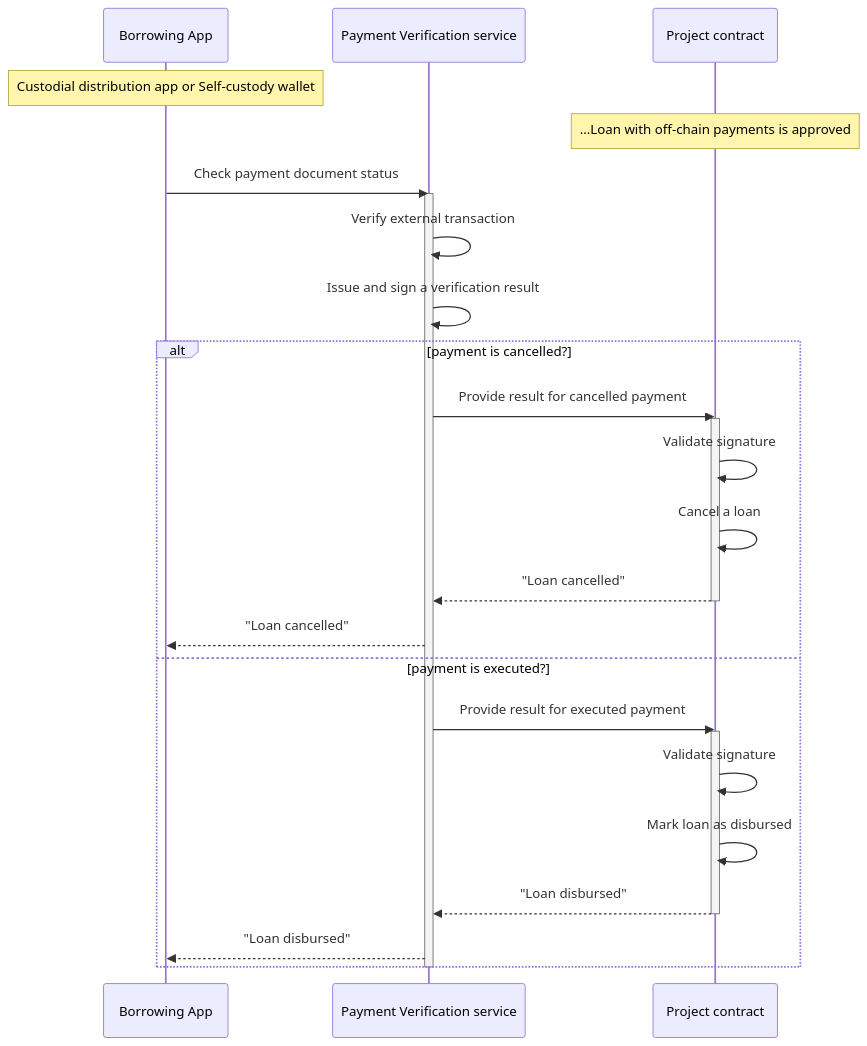
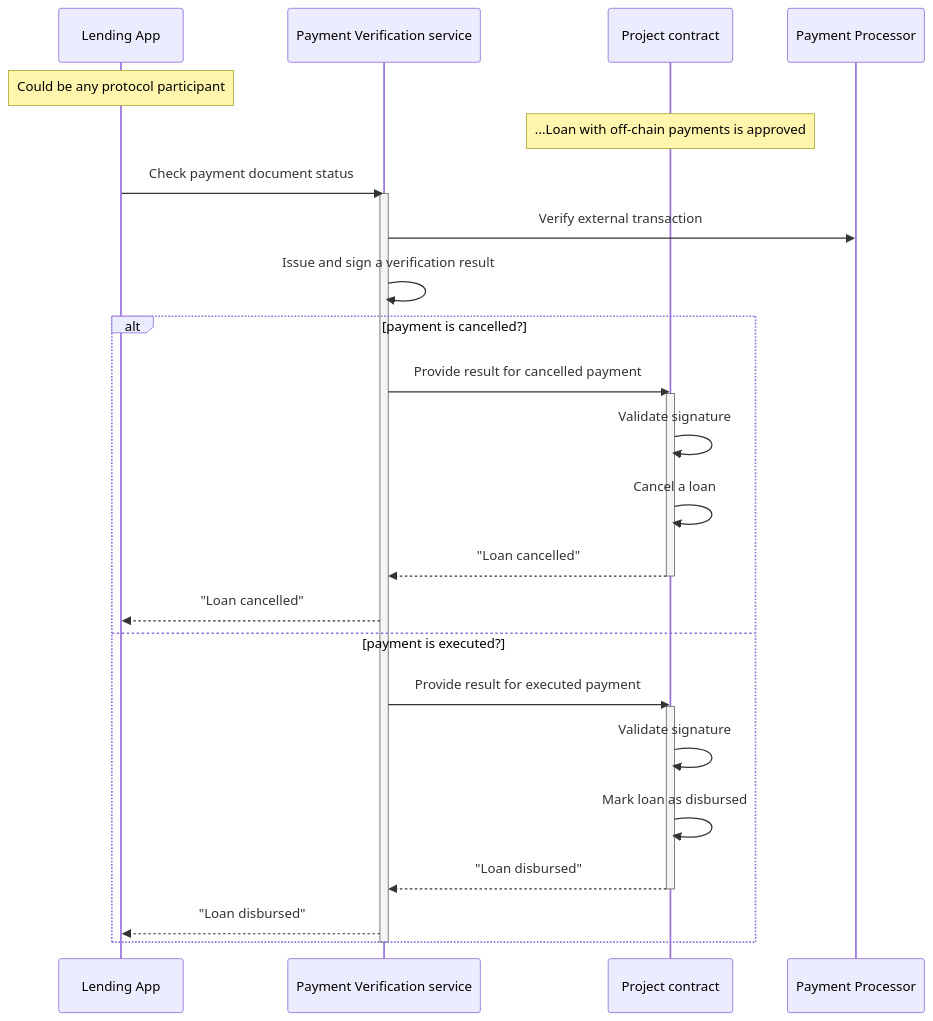
One commit to growr-xyz/growr-documentation changed the diagram in mechanics/4-loan-disbursement.md. Above: the diagram before and after it, drawn with Mermaid. The commit also changed 7 other files, not shown here.

````diff
--- a/mechanics/4-loan-disbursement.md
+++ b/mechanics/4-loan-disbursement.md
@@ -15,30 +15,31 @@
 ```mermaid
 sequenceDiagram
-    participant Borrowing App
+    participant Lending App
 	participant PVS as Payment Verification service
     participant PRC as Project contract
-    Note over Borrowing App: Custodial distribution app or Self-custody wallet
+    participant PP as Payment Processor
+    Note over Lending App: Could be any protocol participant
     Note over PRC: ...Loan with off-chain payments is approved
-    Borrowing App->>PVS: Check payment document status
+    Lending App->>PVS: Check payment document status
     activate PVS
-        PVS->>PVS: Verify external transaction
+        PVS->>PP: Verify external transaction
         PVS->>PVS: Issue and sign a verification result
         alt payment is cancelled?
             PVS->>PRC: Provide result for cancelled payment
             activate PRC
             PRC->>PRC: Validate signature
             PRC->>PRC: Cancel a loan
             PRC-->>PVS: "Loan cancelled"
             deactivate PRC
-            PVS-->>Borrowing App: "Loan cancelled"
+            PVS-->>Lending App: "Loan cancelled"
         else payment is executed?
             PVS->>PRC: Provide result for executed payment
             activate PRC
             PRC->>PRC: Validate signature
             PRC->>PRC: Mark loan as disbursed
             PRC-->>PVS: "Loan disbursed"
             deactivate PRC
-            PVS-->>Borrowing App: "Loan disbursed"
+            PVS-->>Lending App: "Loan disbursed"
         end
     deactivate PVS
 ```
````
